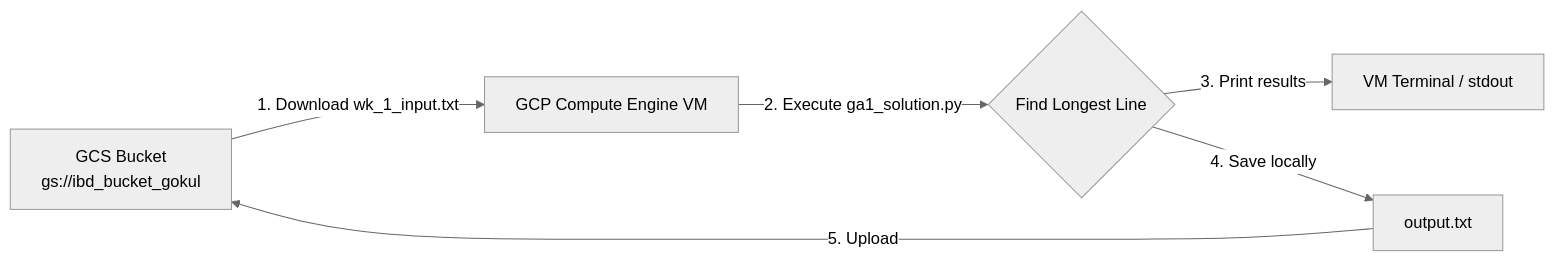
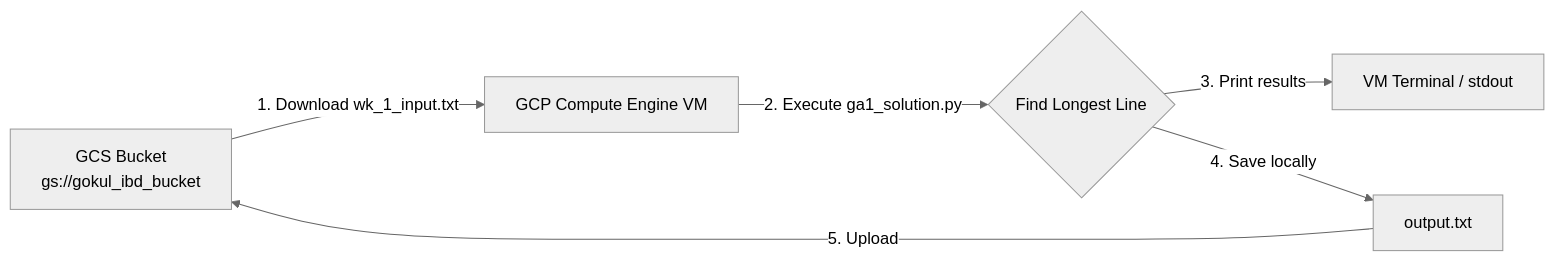
Before and after one commit to gokul-1998/Intro-to-big-data: the diagram in Sept_2026/week2/GA1/submission/README.md, drawn with Mermaid (neutral theme). The commit also changed other lines of this file and 17 other files, not shown here.

````diff
--- a/Sept_2026/week2/GA1/submission/README.md
+++ b/Sept_2026/week2/GA1/submission/README.md
@@ -27,8 +27,8 @@
 ```mermaid
 flowchart LR
-    A[GCS Bucket<br/>gs://ibd_bucket_gokul] -->|1. Download wk_1_input.txt| B[GCP Compute Engine VM]
+    A[GCS Bucket<br/>gs://gokul_ibd_bucket] -->|1. Download wk_1_input.txt| B[GCP Compute Engine VM]
     B -->|2. Execute ga1_solution.py| C{Find Longest Line}
     C -->|3. Print results| D[VM Terminal / stdout]
     C -->|4. Save locally| E[output.txt]
     E -->|5. Upload| A
 ```
````
